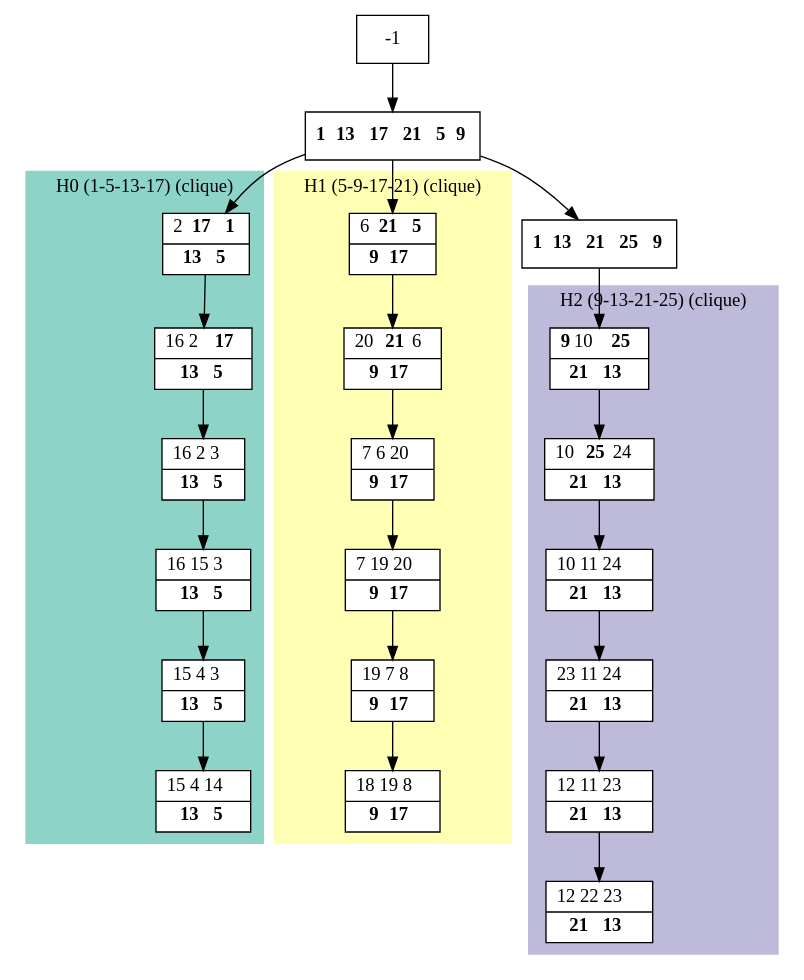
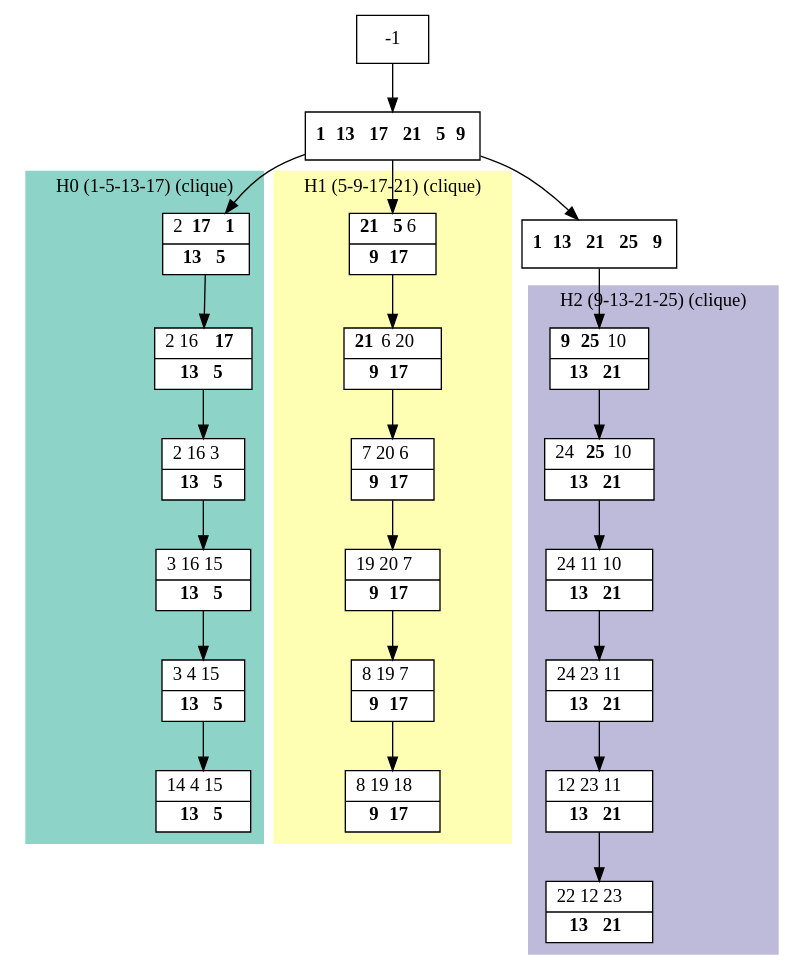
One commit to bmarchand/auto-dp changed the diagram in results/dot_files/processed_L.dot. Above: the diagram before and after it, drawn with Graphviz. The commit also changed 112 other files, not shown here.

```diff
--- a/results/dot_files/processed_L.dot
+++ b/results/dot_files/processed_L.dot
@@ -1,52 +1,52 @@
 digraph G {
     node [shape=box];
     subgraph cluster0 {
         node [style=filled,fillcolor=white];
         labeljust="l";
         style=filled;
         color="#8DD3C7";
         H0_0 -> H0_1 -> H0_2 -> H0_3 -> H0_4 -> H0_5;
         label="H0 (1-5-13-17) (clique)";
     }
     subgraph cluster1 {
         node [style=filled,fillcolor=white];
         labeljust="l";
         style=filled;
         color="#FFFFB3";
         H1_0 -> H1_1 -> H1_2 -> H1_3 -> H1_4 -> H1_5;
         label="H1 (5-9-17-21) (clique)";
     }
     subgraph cluster2 {
         node [style=filled,fillcolor=white];
         labeljust="l";
         style=filled;
         color="#BEBADA";
         H2_0 -> H2_1 -> H2_2 -> H2_3 -> H2_4 -> H2_5;
         label="H2 (9-13-21-25) (clique)";
     }
      1 [shape=record,label= <{ <b>1</b> <b>13</b> <b>17</b> <b>21</b> <b>5</b> <b>9</b>}> ];
      -1  ->  1;
      H0_0 [shape=record,label= <{ 2 <b>17</b> <b>1</b>|  <b>13</b> <b>5</b>}> ];
      1  ->  H0_0;
-     H0_1 [shape=record,label= <{ 16 2 <b>17</b>|  <b>13</b> <b>5</b>}> ];
-     H0_2 [shape=record,label= <{ 16 2 3|  <b>13</b> <b>5</b>}> ];
-     H0_3 [shape=record,label= <{ 16 15 3|  <b>13</b> <b>5</b>}> ];
-     H0_4 [shape=record,label= <{ 15 4 3|  <b>13</b> <b>5</b>}> ];
-     H0_5 [shape=record,label= <{ 15 4 14|  <b>13</b> <b>5</b>}> ];
+     H0_1 [shape=record,label= <{ 2 16 <b>17</b>|  <b>13</b> <b>5</b>}> ];
+     H0_2 [shape=record,label= <{ 2 16 3|  <b>13</b> <b>5</b>}> ];
+     H0_3 [shape=record,label= <{ 3 16 15|  <b>13</b> <b>5</b>}> ];
+     H0_4 [shape=record,label= <{ 3 4 15|  <b>13</b> <b>5</b>}> ];
+     H0_5 [shape=record,label= <{ 14 4 15|  <b>13</b> <b>5</b>}> ];
      14 [shape=record,label= <{ <b>1</b> <b>13</b> <b>21</b> <b>25</b> <b>9</b>}> ];
      1  ->  14;
-     H2_0 [shape=record,label= <{ <b>9</b> 10 <b>25</b>|  <b>21</b> <b>13</b>}> ];
+     H2_0 [shape=record,label= <{ <b>9</b> <b>25</b> 10|  <b>13</b> <b>21</b>}> ];
      14  ->  H2_0;
-     H2_1 [shape=record,label= <{ 10 <b>25</b> 24|  <b>21</b> <b>13</b>}> ];
-     H2_2 [shape=record,label= <{ 10 11 24|  <b>21</b> <b>13</b>}> ];
-     H2_3 [shape=record,label= <{ 23 11 24|  <b>21</b> <b>13</b>}> ];
-     H2_4 [shape=record,label= <{ 12 11 23|  <b>21</b> <b>13</b>}> ];
-     H2_5 [shape=record,label= <{ 12 22 23|  <b>21</b> <b>13</b>}> ];
-     H1_0 [shape=record,label= <{ 6 <b>21</b> <b>5</b>|  <b>9</b> <b>17</b>}> ];
+     H2_1 [shape=record,label= <{ 24 <b>25</b> 10|  <b>13</b> <b>21</b>}> ];
+     H2_2 [shape=record,label= <{ 24 11 10|  <b>13</b> <b>21</b>}> ];
+     H2_3 [shape=record,label= <{ 24 23 11|  <b>13</b> <b>21</b>}> ];
+     H2_4 [shape=record,label= <{ 12 23 11|  <b>13</b> <b>21</b>}> ];
+     H2_5 [shape=record,label= <{ 22 12 23|  <b>13</b> <b>21</b>}> ];
+     H1_0 [shape=record,label= <{ <b>21</b> <b>5</b> 6|  <b>9</b> <b>17</b>}> ];
      1  ->  H1_0;
-     H1_1 [shape=record,label= <{ 20 <b>21</b> 6|  <b>9</b> <b>17</b>}> ];
-     H1_2 [shape=record,label= <{ 7 6 20|  <b>9</b> <b>17</b>}> ];
-     H1_3 [shape=record,label= <{ 7 19 20|  <b>9</b> <b>17</b>}> ];
-     H1_4 [shape=record,label= <{ 19 7 8|  <b>9</b> <b>17</b>}> ];
-     H1_5 [shape=record,label= <{ 18 19 8|  <b>9</b> <b>17</b>}> ];
+     H1_1 [shape=record,label= <{ <b>21</b> 6 20|  <b>9</b> <b>17</b>}> ];
+     H1_2 [shape=record,label= <{ 7 20 6|  <b>9</b> <b>17</b>}> ];
+     H1_3 [shape=record,label= <{ 19 20 7|  <b>9</b> <b>17</b>}> ];
+     H1_4 [shape=record,label= <{ 8 19 7|  <b>9</b> <b>17</b>}> ];
+     H1_5 [shape=record,label= <{ 8 19 18|  <b>9</b> <b>17</b>}> ];
 }
```
